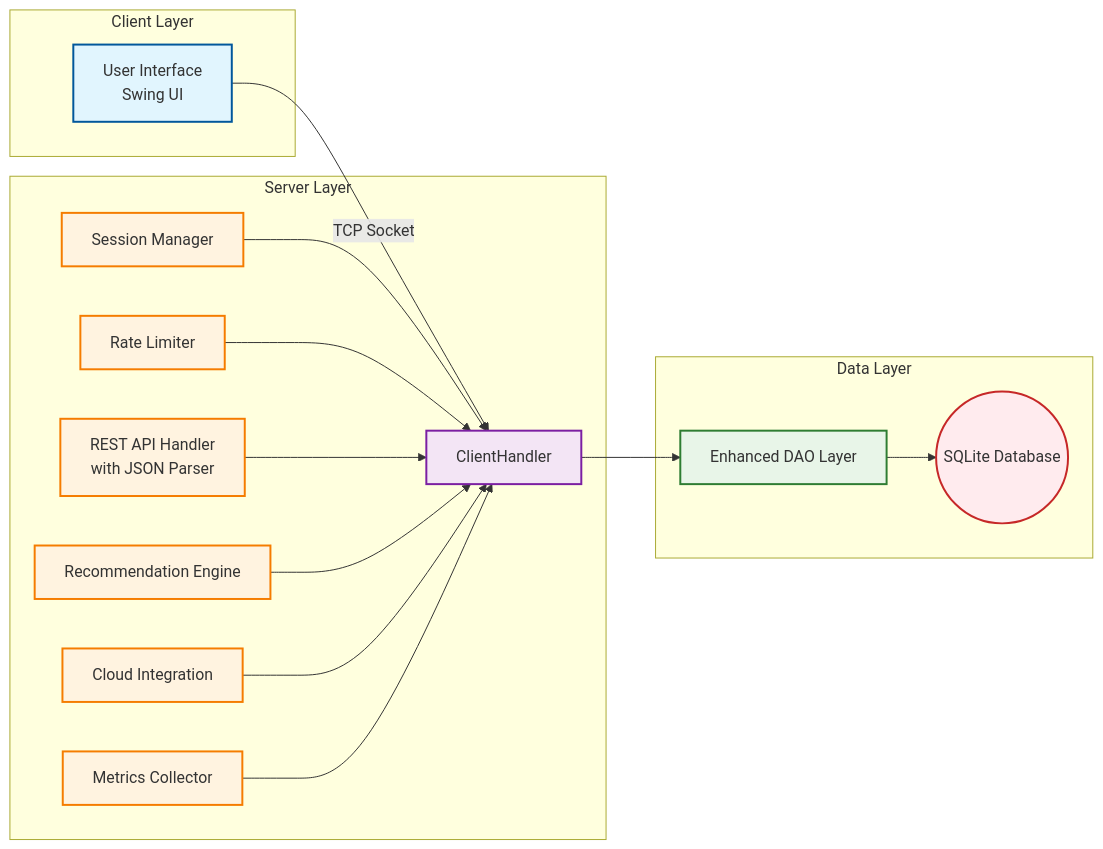
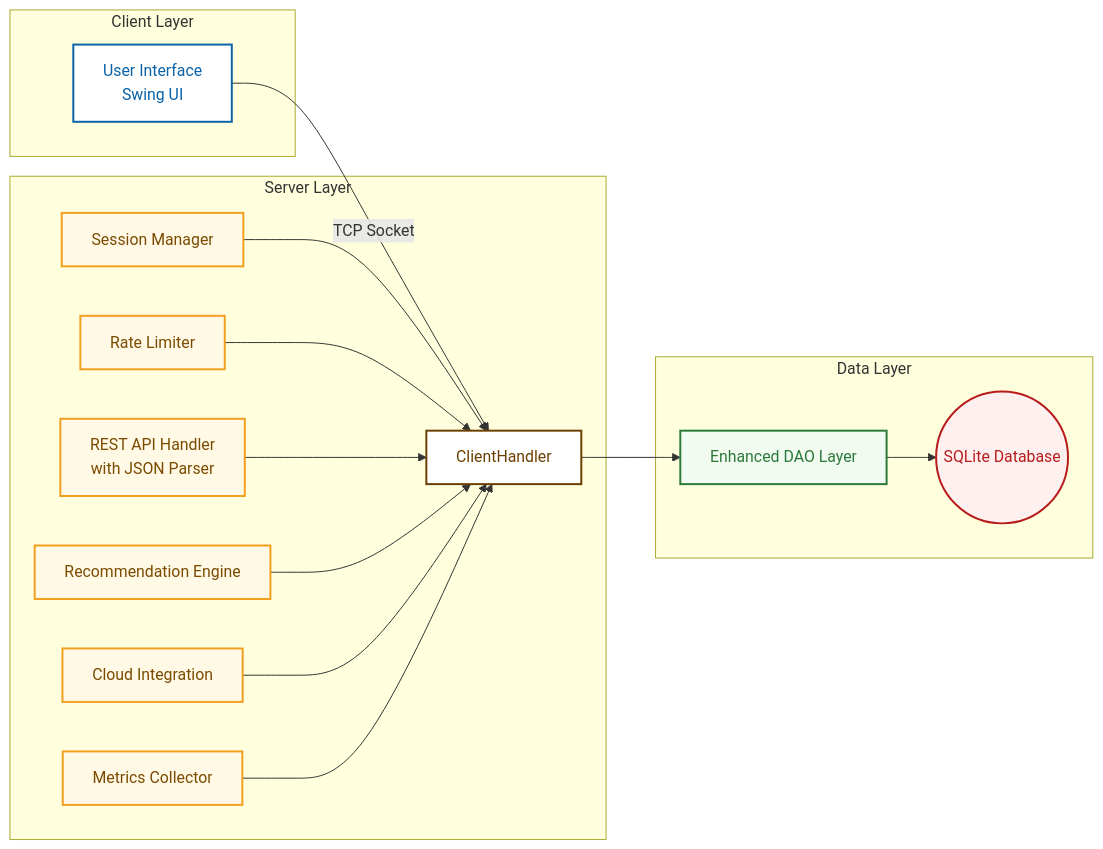
Before and after one commit to lamngoctuu18/LibraryTCP: the diagram in README.md, drawn with Mermaid.

````diff
--- a/README.md
+++ b/README.md
@@ -40,42 +40,44 @@
 ```mermaid
 graph LR
+    %% Modern, high-contrast palette for readability
     subgraph "Client Layer"
         A[User Interface<br/>Swing UI]
     end
-    
+
     subgraph "Server Layer"
         B[ClientHandler]
         C[Session Manager]
         D[Rate Limiter]
         E[REST API Handler<br/>with JSON Parser]
         F[Recommendation Engine]
         G[Cloud Integration]
         H[Metrics Collector]
     end
-    
+
     subgraph "Data Layer"
         I[Enhanced DAO Layer]
         J((SQLite Database))
     end
-    
+
     A -->|"TCP Socket"| B
     B --> I
     I --> J
     C --> B
     D --> B
     E --> B
     F --> B
     G --> B
     H --> B
-    
-    style A fill:#e1f5fe,stroke:#01579b,stroke-width:2px
-    style B fill:#f3e5f5,stroke:#7b1fa2,stroke-width:2px
-    style C fill:#fff3e0,stroke:#f57c00,stroke-width:2px
-    style D fill:#fff3e0,stroke:#f57c00,stroke-width:2px
-    style E fill:#fff3e0,stroke:#f57c00,stroke-width:2px
-    style F fill:#fff3e0,stroke:#f57c00,stroke-width:2px
-    style G fill:#fff3e0,stroke:#f57c00,stroke-width:2px
-    style H fill:#fff3e0,stroke:#f57c00,stroke-width:2px
-    style I fill:#e8f5e8,stroke:#2e7d32,stroke-width:2px
-    style J fill:#ffebee,stroke:#c62828,stroke-width:2px
+
+    %% Clear, readable colors: white backgrounds, dark strokes, subtle accents
+    style A fill:#ffffff,stroke:#0b63a7,stroke-width:2px,color:#0b63a7
+    style B fill:#ffffff,stroke:#6b3f00,stroke-width:2px,color:#6b3f00
+    style C fill:#fff9e6,stroke:#f29e1f,stroke-width:2px,color:#7a4b00
+    style D fill:#fff9e6,stroke:#f29e1f,stroke-width:2px,color:#7a4b00
+    style E fill:#fff9e6,stroke:#f29e1f,stroke-width:2px,color:#7a4b00
+    style F fill:#fff9e6,stroke:#f29e1f,stroke-width:2px,color:#7a4b00
+    style G fill:#fff9e6,stroke:#f29e1f,stroke-width:2px,color:#7a4b00
+    style H fill:#fff9e6,stroke:#f29e1f,stroke-width:2px,color:#7a4b00
+    style I fill:#f2fbf0,stroke:#2b7a3a,stroke-width:2px,color:#2b7a3a
+    style J fill:#fff0f0,stroke:#b71c1c,stroke-width:2px,color:#b71c1c
 ```
````
